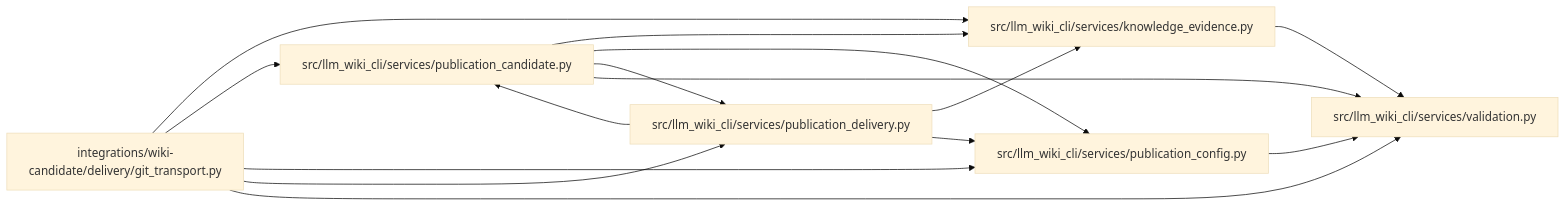
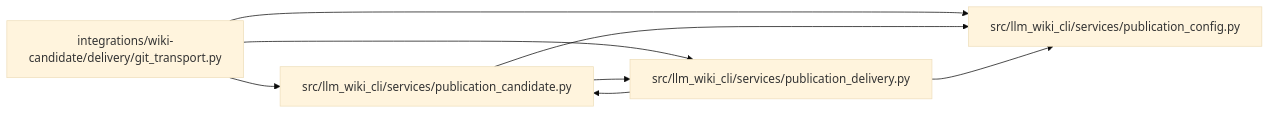
The diagram in docs/llm_wiki/modules/git_transport.md (Denissvgn/python-wiki-llm), drawn with Mermaid (base theme) before and after one commit. The commit also changed other lines of this file and 1103 other files, not shown here.

First line of the commit message:
docs: refresh the wiki for the llm-wiki-engine distribution

````diff
--- a/docs/llm_wiki/modules/git_transport.md
+++ b/docs/llm_wiki/modules/git_transport.md
@@ -31,29 +31,18 @@
 ```mermaid
 flowchart LR
     n0["integrations/wiki-candidate/delivery/git_transport.py"]
-    n1["src/llm_wiki_cli/services/knowledge_evidence.py"]
-    n2["src/llm_wiki_cli/services/publication_candidate.py"]
-    n3["src/llm_wiki_cli/services/publication_config.py"]
-    n4["src/llm_wiki_cli/services/publication_delivery.py"]
-    n5["src/llm_wiki_cli/services/validation.py"]
+    n1["src/llm_wiki_cli/services/publication_candidate.py"]
+    n2["src/llm_wiki_cli/services/publication_config.py"]
+    n3["src/llm_wiki_cli/services/publication_delivery.py"]
     n0 --> n1
     n0 --> n2
     n0 --> n3
-    n0 --> n4
-    n0 --> n5
-    n1 --> n5
-    n2 --> n1
-    n2 --> n3
-    n2 --> n4
-    n2 --> n5
-    n3 --> n5
-    n4 --> n1
-    n4 --> n2
-    n4 --> n3
+    n1 --> n2
+    n1 --> n3
+    n3 --> n1
+    n3 --> n2
     click n0 "../modules/git_transport.md"
-    click n1 "../modules/knowledge_evidence.md"
-    click n2 "../modules/publication_candidate.md"
-    click n3 "../modules/publication_config.md"
-    click n4 "../modules/publication_delivery.md"
-    click n5 "../modules/validation.md"
+    click n1 "../modules/publication_candidate.md"
+    click n2 "../modules/publication_config.md"
+    click n3 "../modules/publication_delivery.md"
 ```
````
